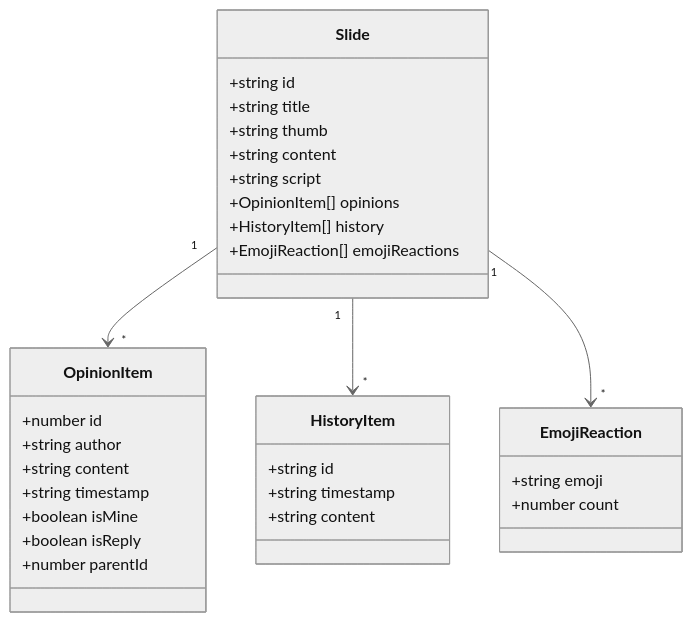
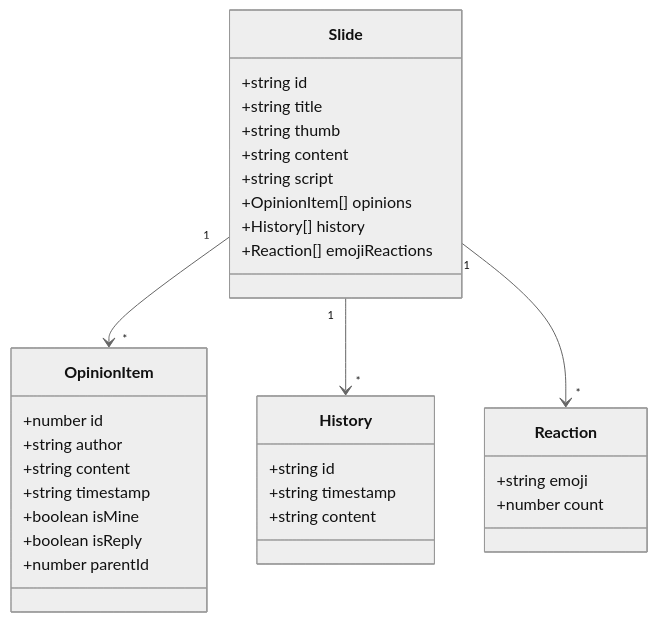
The sixth of 7 diagrams in docs/slide-data-flow-legacy.md (TTORANG/Web), drawn with Mermaid (neutral theme) before and after one commit. The commit also changed 36 other files, not shown here.

````diff
--- a/docs/slide-data-flow-legacy.md
+++ b/docs/slide-data-flow-legacy.md
@@ -172,38 +172,38 @@
 ```mermaid
 classDiagram
     class Slide {
         +string id
         +string title
         +string thumb
         +string content
         +string script
         +OpinionItem[] opinions
-        +HistoryItem[] history
-        +EmojiReaction[] emojiReactions
+        +History[] history
+        +Reaction[] emojiReactions
     }
 
     class OpinionItem {
         +number id
         +string author
         +string content
         +string timestamp
         +boolean isMine
         +boolean isReply
         +number parentId
     }
 
-    class HistoryItem {
+    class History {
         +string id
         +string timestamp
         +string content
     }
 
-    class EmojiReaction {
+    class Reaction {
         +string emoji
         +number count
     }
 
     Slide "1" --> "*" OpinionItem
-    Slide "1" --> "*" HistoryItem
-    Slide "1" --> "*" EmojiReaction
+    Slide "1" --> "*" History
+    Slide "1" --> "*" Reaction
 ```
````
